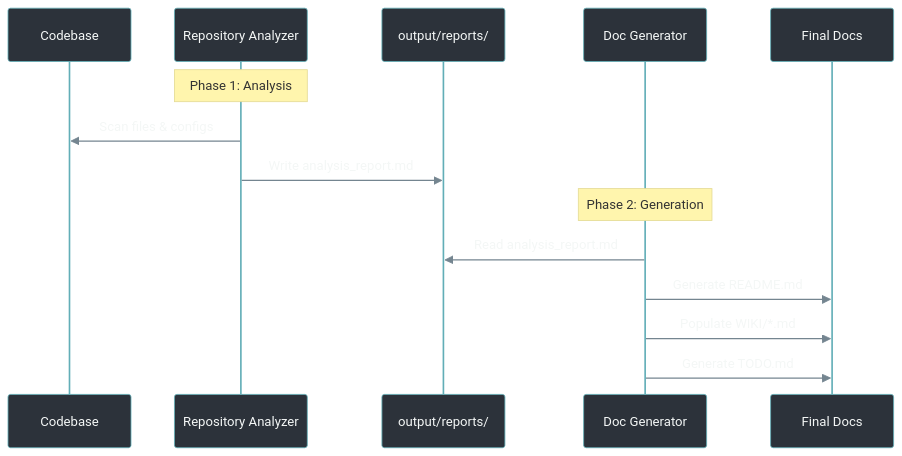
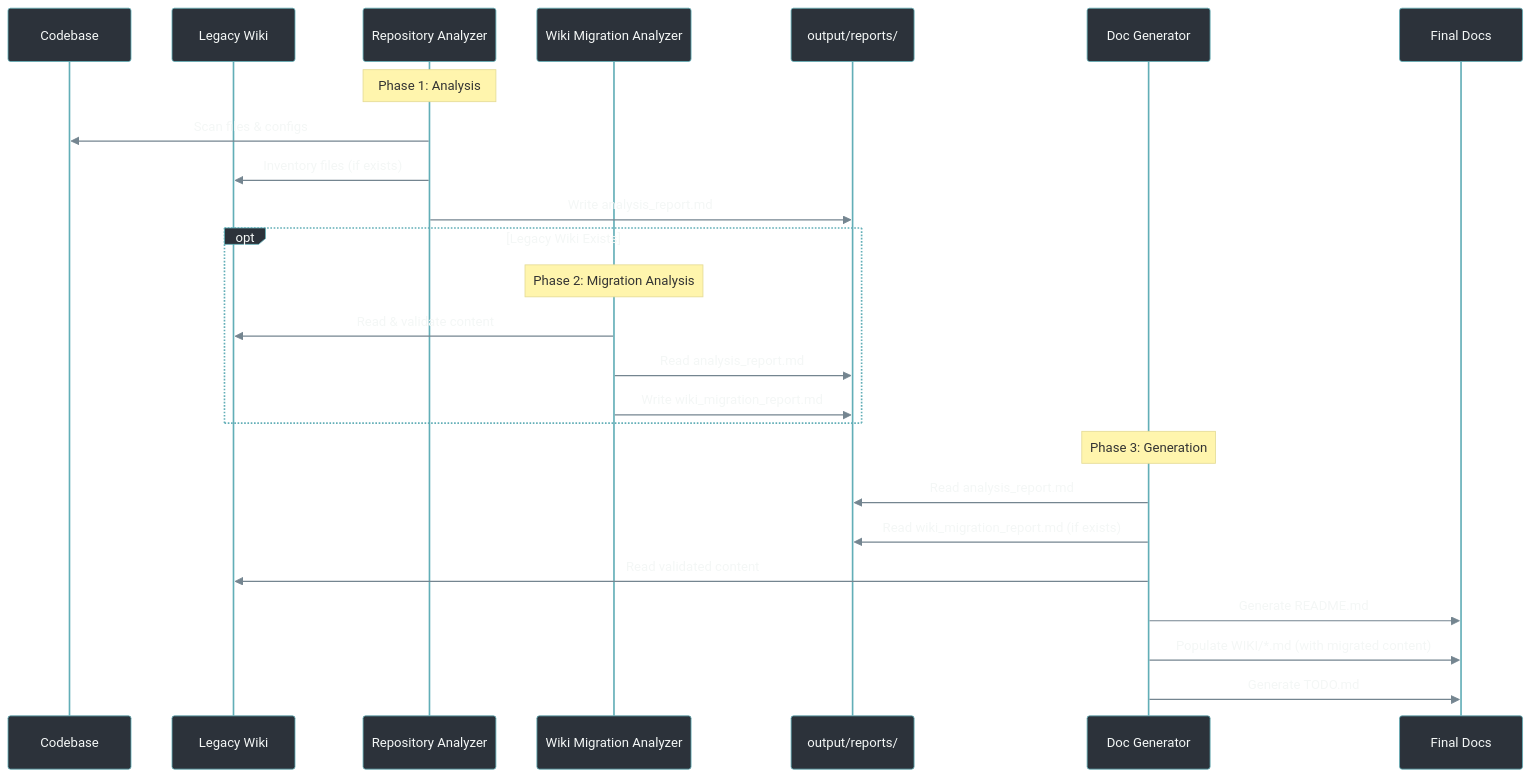
Before and after one commit to pr0methevs/agentic-doc-generator: the second of 2 diagrams in README.md, drawn with Mermaid. The commit also changed other lines of this file and 4 other files, not shown here.

Commit message:
feat: add wiki migration support and changelog generation capabilities

````diff
--- a/README.md
+++ b/README.md
@@ -83,20 +103,32 @@
 ```mermaid
 sequenceDiagram
     %%{init: {'theme': 'base', 'themeVariables': { 'primaryColor': '#395671', 'primaryTextColor': '#f4f7f6', 'edgeLabelBackground':'#2c323a', 'actorBorder': '#62aeb7', 'actorBkg': '#2c323a', 'signalColor': '#748590', 'signalTextColor': '#f4f7f6', 'textColor': '#f4f7f6', 'mainBkg': '#2c323a'}}}%%
     
     participant Repo as Codebase
+    participant LegacyWiki as Legacy Wiki
     participant Analyzer as Repository Analyzer
+    participant WikiMigrator as Wiki Migration Analyzer
     participant Context as output/reports/
     participant Generator as Doc Generator
     participant Docs as Final Docs
 
     Note over Analyzer: Phase 1: Analysis
     Analyzer->>Repo: Scan files & configs
+    Analyzer->>LegacyWiki: Inventory files (if exists)
     Analyzer->>Context: Write analysis_report.md
     
-    Note over Generator: Phase 2: Generation
+    opt Legacy Wiki Exists
+        Note over WikiMigrator: Phase 2: Migration Analysis
+        WikiMigrator->>LegacyWiki: Read & validate content
+        WikiMigrator->>Context: Read analysis_report.md
+        WikiMigrator->>Context: Write wiki_migration_report.md
+    end
+    
+    Note over Generator: Phase 3: Generation
     Generator->>Context: Read analysis_report.md
+    Generator->>Context: Read wiki_migration_report.md (if exists)
+    Generator->>LegacyWiki: Read validated content
     Generator->>Docs: Generate README.md
-    Generator->>Docs: Populate WIKI/*.md
+    Generator->>Docs: Populate WIKI/*.md (with migrated content)
     Generator->>Docs: Generate TODO.md
 ```
````
